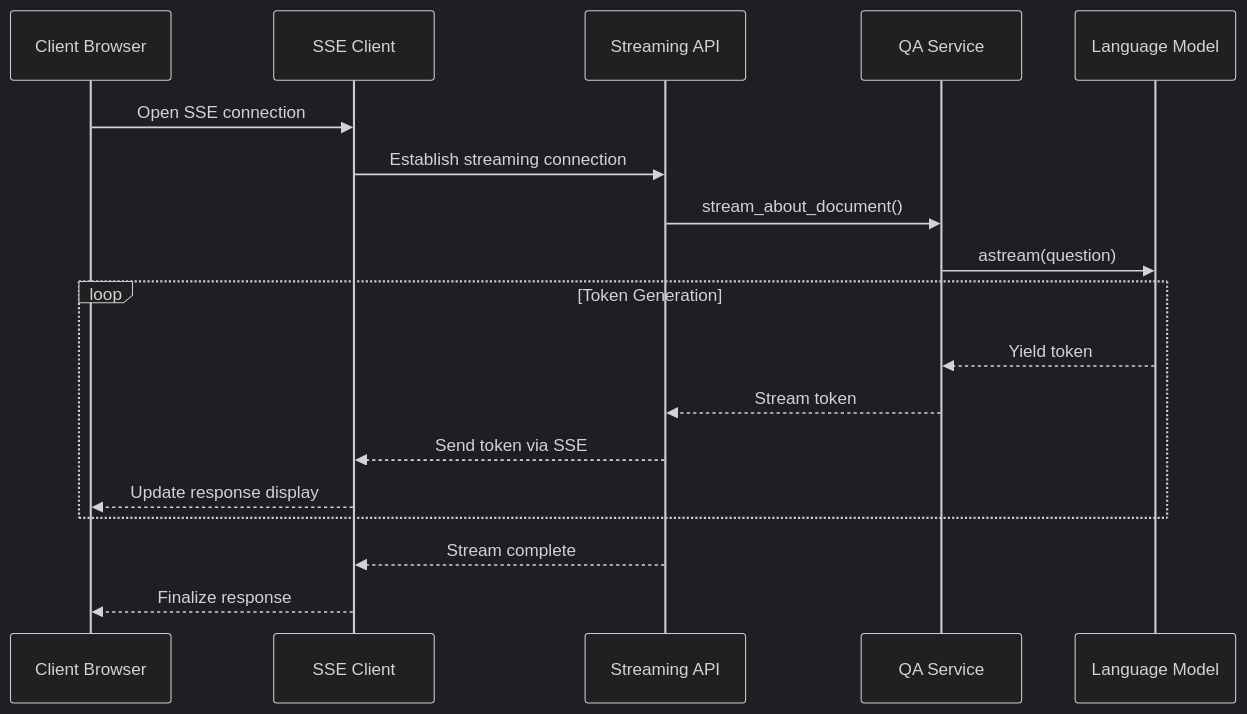
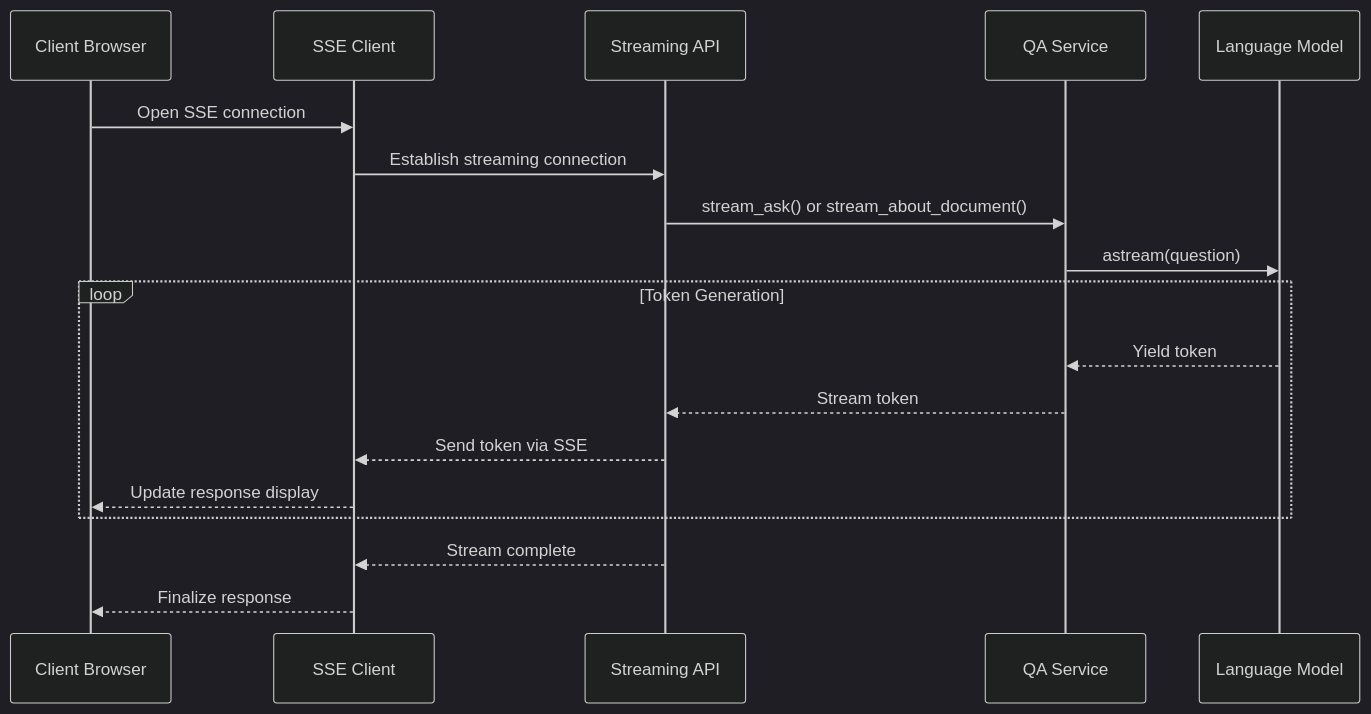
One commit to ognelis/cafetera_hr_bot changed diagram 19 of 26 in .qoder/repowiki/en/content/Document Management System.md. Above: the diagram before and after it, drawn with Mermaid (dark theme). The commit also changed other lines of this file and 29 other files, not shown here.

````diff
--- a/.qoder/repowiki/en/content/Document Management System.md
+++ b/.qoder/repowiki/en/content/Document Management System.md
@@ -1495,20 +1774,20 @@
 ```mermaid
 sequenceDiagram
 participant Client as Client Browser
 participant SSEClient as SSE Client
 participant API as Streaming API
 participant QAService as QA Service
 participant LLM as Language Model
 Client->>SSEClient : Open SSE connection
 SSEClient->>API : Establish streaming connection
-API->>QAService : stream_about_document()
+API->>QAService : stream_ask() or stream_about_document()
 QAService->>LLM : astream(question)
 loop Token Generation
 LLM-->>QAService : Yield token
 QAService-->>API : Stream token
 API-->>SSEClient : Send token via SSE
 SSEClient-->>Client : Update response display
 end
 API-->>SSEClient : Stream complete
 SSEClient-->>Client : Finalize response
 ```
````
